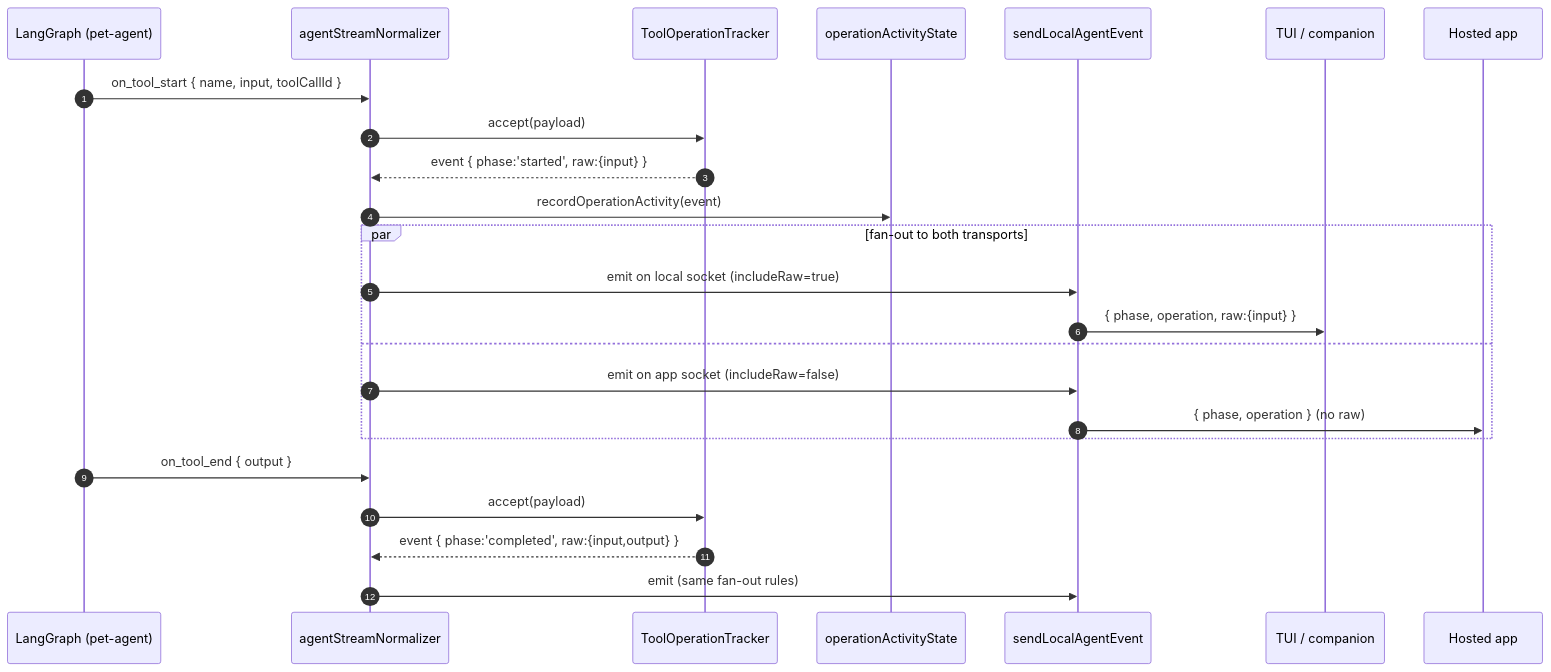
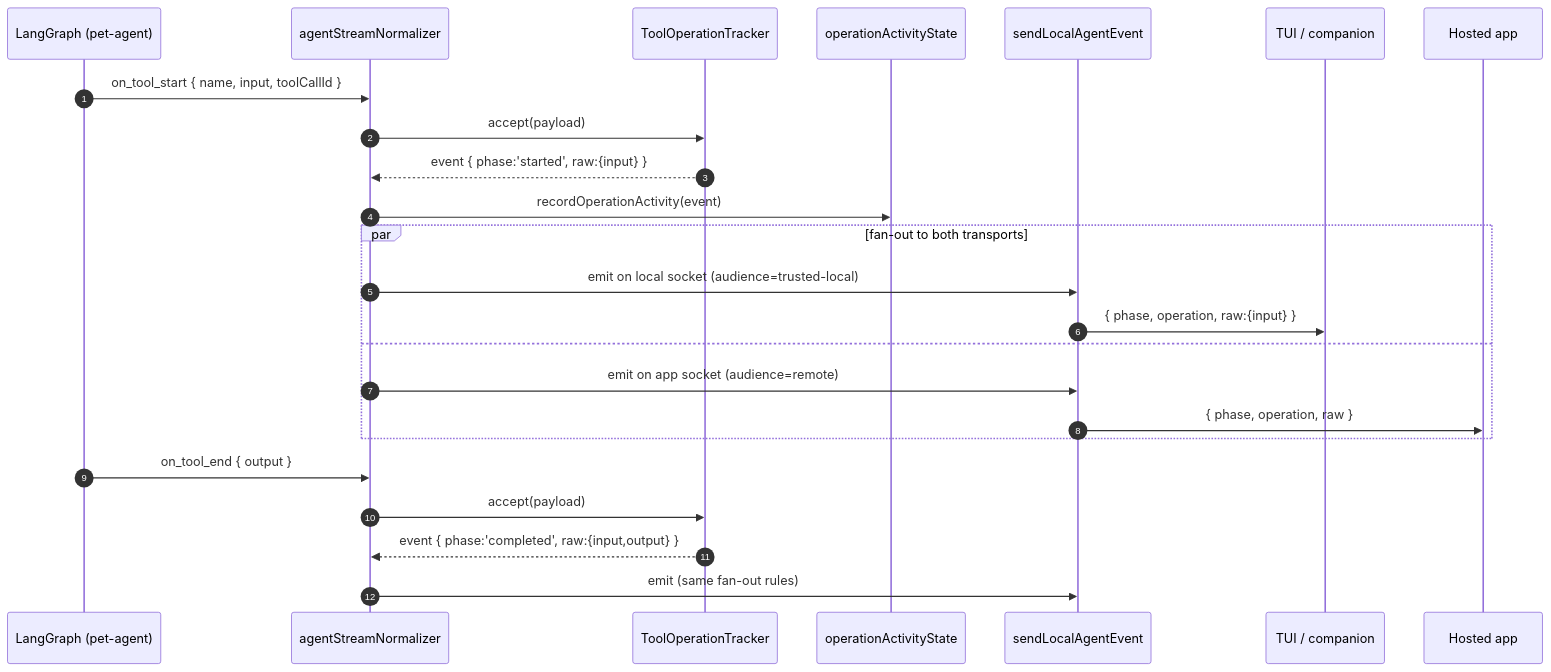
Before and after one commit to pinpawo/pinpawo-agent: the second of 2 diagrams in services/local-agent/docs/local-agent-events.md, drawn with Mermaid. The commit also changed other lines of this file and 83 other files, not shown here.

````diff
--- a/services/local-agent/docs/local-agent-events.md
+++ b/services/local-agent/docs/local-agent-events.md
@@ -74,28 +77,28 @@
 ```mermaid
 sequenceDiagram
   autonumber
   participant Graph as LangGraph (pet-agent)
   participant Norm as agentStreamNormalizer
   participant Track as ToolOperationTracker
   participant Act as operationActivityState
   participant Send as sendLocalAgentEvent
   participant Local as TUI / companion
   participant App as Hosted app
 
   Graph->>Norm: on_tool_start { name, input, toolCallId }
   Norm->>Track: accept(payload)
   Track-->>Norm: event { phase:'started', raw:{input} }
   Norm->>Act: recordOperationActivity(event)
   par fan-out to both transports
-    Norm->>Send: emit on local socket (includeRaw=true)
+    Norm->>Send: emit on local socket (audience=trusted-local)
     Send->>Local: { phase, operation, raw:{input} }
   and
-    Norm->>Send: emit on app socket (includeRaw=false)
-    Send->>App: { phase, operation }  (no raw)
+    Norm->>Send: emit on app socket (audience=remote)
+    Send->>App: { phase, operation, raw }
   end
 
   Graph->>Norm: on_tool_end { output }
   Norm->>Track: accept(payload)
   Track-->>Norm: event { phase:'completed', raw:{input,output} }
   Norm->>Send: emit (same fan-out rules)
 ```
````
